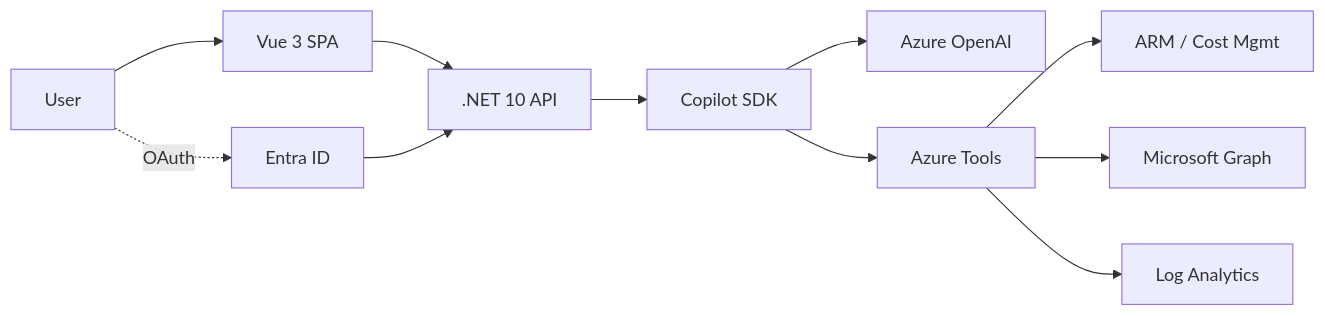
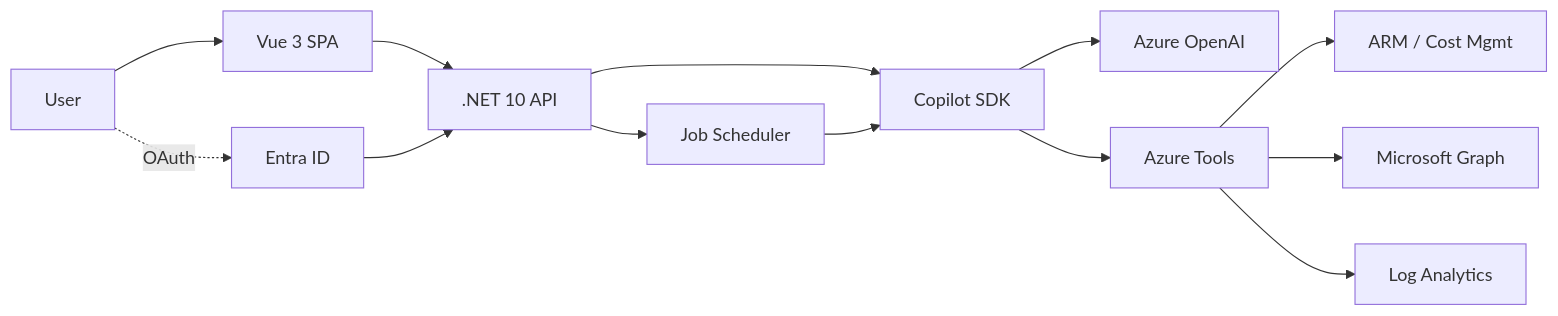
The diagram in README.md (Azure-Samples/azure-finops-agent), drawn with Mermaid before and after one commit. The commit also changed other lines of this file, not shown here.

Commit message:
docs(readme): scheduled jobs, GPU hunt & reserve, read+write scope, scheduler in architecture

````diff
--- a/README.md
+++ b/README.md
@@ -36,13 +45,14 @@
 ```mermaid
 flowchart LR
     U[User] --> FE[Vue 3 SPA]
     FE --> API[.NET 10 API]
     API --> SDK[Copilot SDK]
+    API --> SCHED[Job Scheduler] --> SDK
     SDK --> AOAI[Azure OpenAI]
     SDK --> TOOLS[Azure Tools]
     TOOLS --> ARM[ARM / Cost Mgmt]
     TOOLS --> GRAPH[Microsoft Graph]
     TOOLS --> LA[Log Analytics]
     U -. OAuth .-> ENTRA[Entra ID]
     ENTRA --> API
 ```
````
